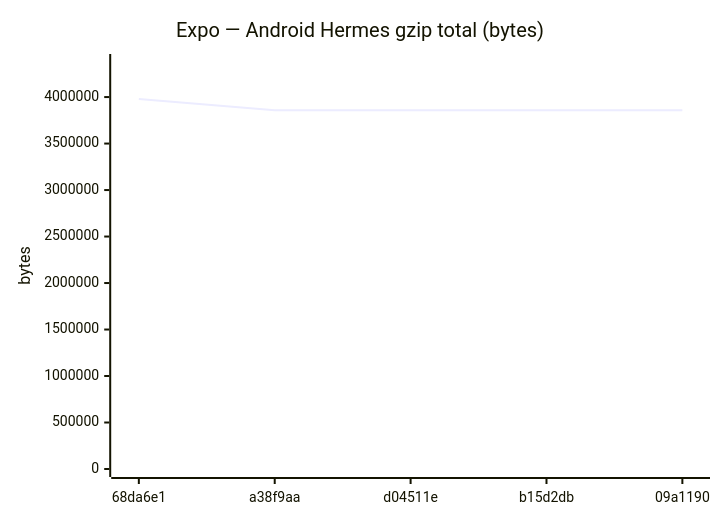
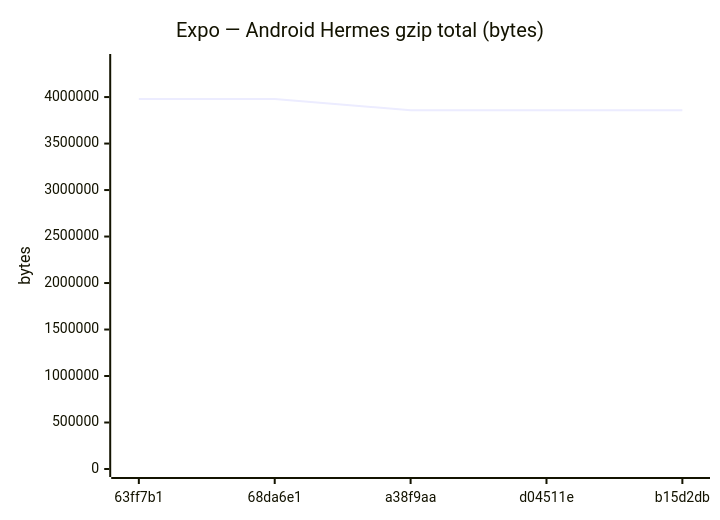
One commit to Metaheurist/Rianell changed diagram 11 of 18 in benchmarks/compare.md. Above: the diagram before and after it, drawn with Mermaid. The commit also changed other lines of this file and 11 other files, not shown here.

````diff
--- a/benchmarks/compare.md
+++ b/benchmarks/compare.md
@@ -172,7 +172,7 @@
 ```mermaid
 xychart-beta
     title "Expo — Android Hermes gzip total (bytes)"
-    x-axis ["68da6e1", "a38f9aa", "d04511e", "b15d2db", "09a1190"]
+    x-axis ["63ff7b1", "68da6e1", "a38f9aa", "d04511e", "b15d2db"]
     y-axis "bytes" 0 --> 4377096
-    line [3979178, 3858192, 3858192, 3858195, 3858763]
+    line [3979178, 3979178, 3858192, 3858192, 3858195]
 ```
````
